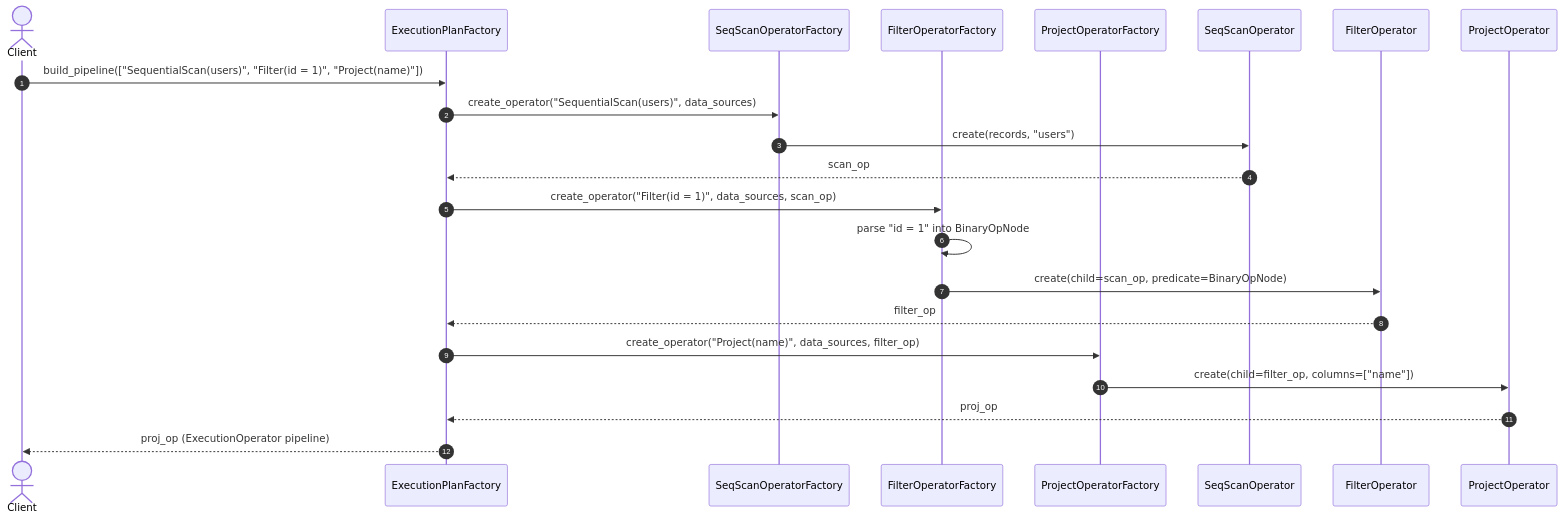
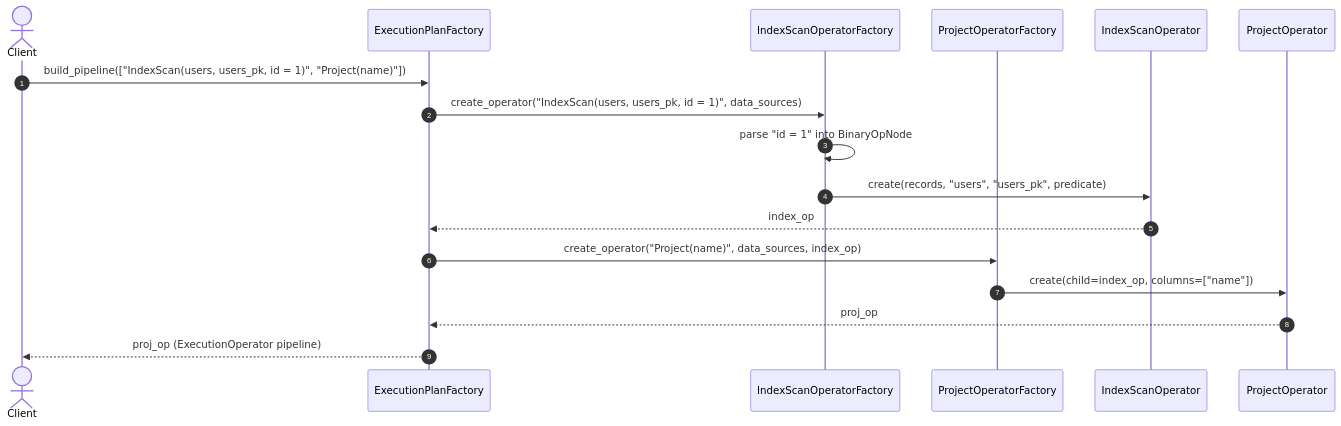
Before and after one commit to taitran501/DBMS: the sixth of 7 diagrams in docs/diagrams/sequence/design_patterns/query_processing.md, drawn with Mermaid. The commit also changed other lines of this file and 11 other files, not shown here.

First line of the commit message:
feat(query-processing): implement Factory Method and Processing Pipeline patterns

````diff
--- a/docs/diagrams/sequence/design_patterns/query_processing.md
+++ b/docs/diagrams/sequence/design_patterns/query_processing.md
@@ -175,29 +175,23 @@
 ```mermaid
 sequenceDiagram
     autonumber
     actor Client
     participant Factory as ExecutionPlanFactory
-    participant ScanFac as SeqScanOperatorFactory
-    participant FilterFac as FilterOperatorFactory
+    participant IndexFac as IndexScanOperatorFactory
     participant ProjFac as ProjectOperatorFactory
-    participant ScanOp as SeqScanOperator
-    participant FilterOp as FilterOperator
+    participant IndexOp as IndexScanOperator
     participant ProjOp as ProjectOperator
 
-    Client->>Factory: build_pipeline(["SequentialScan(users)", "Filter(id = 1)", "Project(name)"])
+    Client->>Factory: build_pipeline(["IndexScan(users, users_pk, id = 1)", "Project(name)"])
 
-    Factory->>ScanFac: create_operator("SequentialScan(users)", data_sources)
-    ScanFac->>ScanOp: create(records, "users")
-    ScanOp-->>Factory: scan_op
+    Factory->>IndexFac: create_operator("IndexScan(users, users_pk, id = 1)", data_sources)
+    IndexFac->>IndexFac: parse "id = 1" into BinaryOpNode
+    IndexFac->>IndexOp: create(records, "users", "users_pk", predicate)
+    IndexOp-->>Factory: index_op
 
-    Factory->>FilterFac: create_operator("Filter(id = 1)", data_sources, scan_op)
-    FilterFac->>FilterFac: parse "id = 1" into BinaryOpNode
-    FilterFac->>FilterOp: create(child=scan_op, predicate=BinaryOpNode)
-    FilterOp-->>Factory: filter_op
-
-    Factory->>ProjFac: create_operator("Project(name)", data_sources, filter_op)
-    ProjFac->>ProjOp: create(child=filter_op, columns=["name"])
+    Factory->>ProjFac: create_operator("Project(name)", data_sources, index_op)
+    ProjFac->>ProjOp: create(child=index_op, columns=["name"])
     ProjOp-->>Factory: proj_op
 
     Factory-->>Client: proj_op (ExecutionOperator pipeline)
 ```
````
